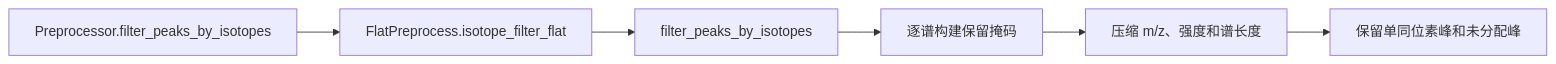
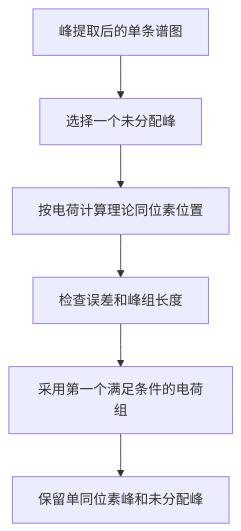
One commit to NeoNexusX/MassFlow changed the diagram in docs/zh/isotope_filter.md. Above: the diagram before and after it, drawn with Mermaid. The commit also changed other lines of this file and 15 other files, not shown here.

````diff
--- a/docs/zh/isotope_filter.md
+++ b/docs/zh/isotope_filter.md
@@ -20,8 +89,8 @@
 ```mermaid
-graph LR
-  A["Preprocessor.filter_peaks_by_isotopes"] --> B["FlatPreprocess.isotope_filter_flat"]
-  B --> C["filter_peaks_by_isotopes"]
-  C --> D["逐谱构建保留掩码"]
-  D --> E["压缩 m/z、强度和谱长度"]
+  graph TD
+ A["峰提取后的单条谱图"] --> B["选择一个未分配峰"]
+  B --> C["按电荷计算理论同位素位置"]
+  C --> D["检查误差和峰组长度"]
+  D --> E["采用第一个满足条件的电荷组"]
   E --> F["保留单同位素峰和未分配峰"]
 ```
````
